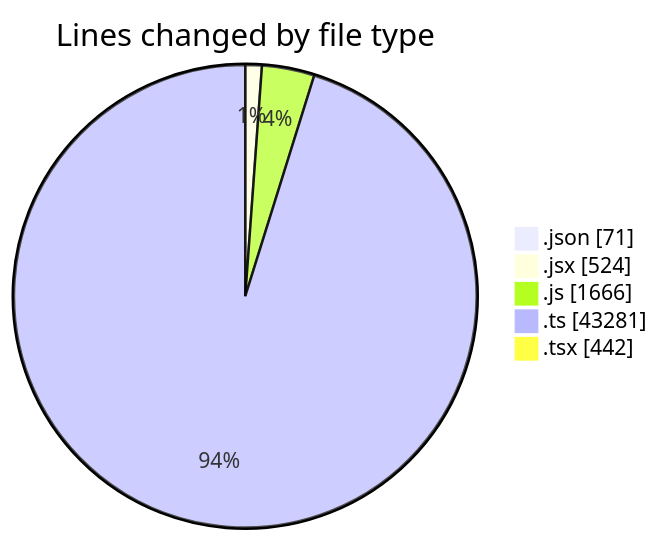
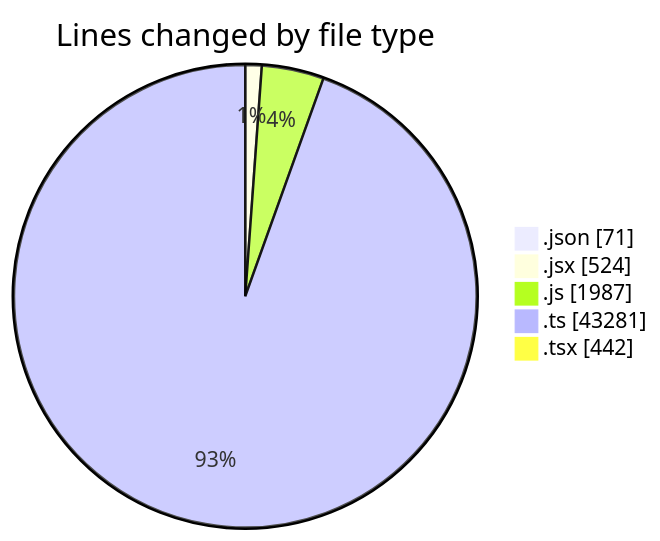
The first of 2 diagrams in 2026-03-02/cda/README.md (momahboobian/code-tracking), drawn with Mermaid before and after one commit. The commit also changed other lines of this file and 1 other file, not shown here.

````diff
--- a/2026-03-02/cda/README.md
+++ b/2026-03-02/cda/README.md
@@ -32,9 +32,9 @@
 ```mermaid
 pie showData
 title Lines changed by file type
 ".json" : 71
 ".jsx" : 524
-".js" : 1666
+".js" : 1987
 ".ts" : 43281
 ".tsx" : 442
 ```
````
